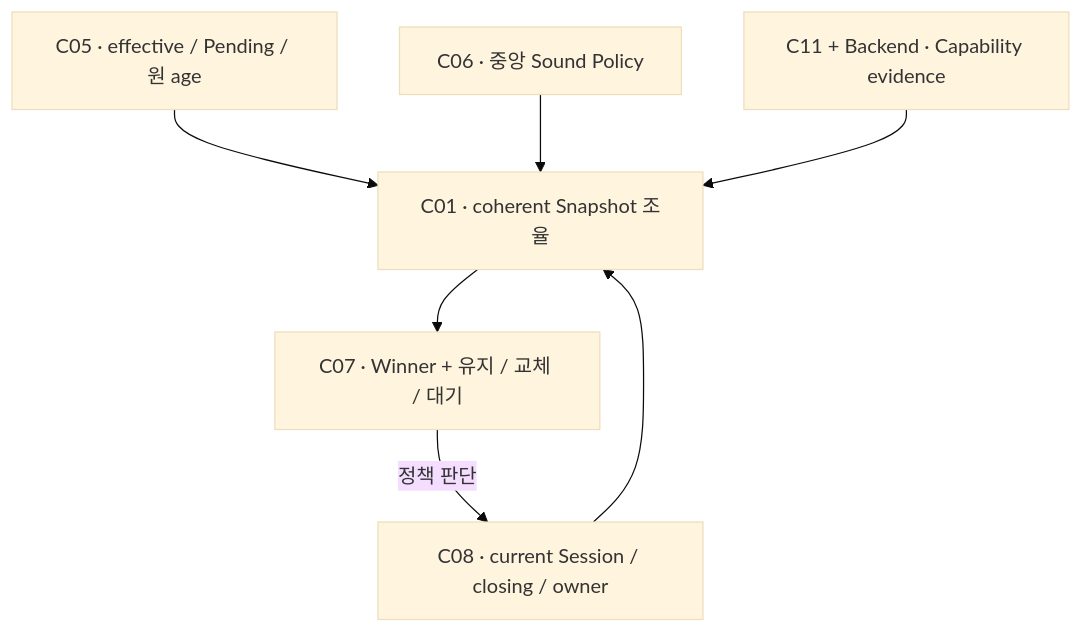
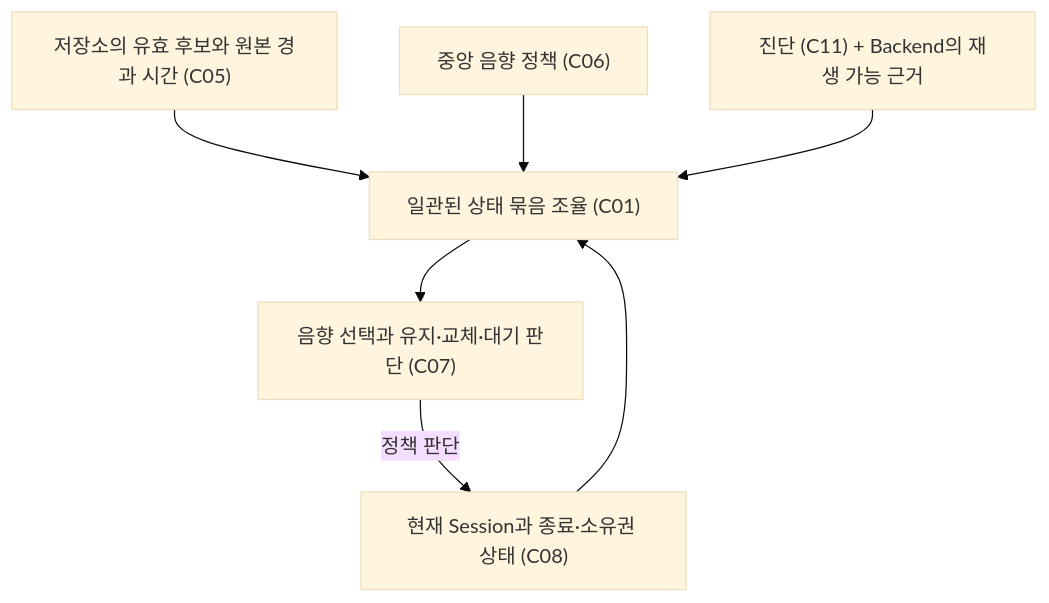
Before and after one commit to vehicle-domain-control-system/integrated-vehicle-control: the third of 7 diagrams in docs/architecture/VSS_sw_architecture.md, drawn with Mermaid (base theme). The commit also changed other lines of this file and 1 other file, not shown here.

````diff
--- a/docs/architecture/VSS_sw_architecture.md
+++ b/docs/architecture/VSS_sw_architecture.md
@@ -172,9 +144,9 @@
 ```mermaid
 flowchart TD
-    Store["C05 · effective / Pending / 원 age"] --> Snapshot["C01 · coherent Snapshot 조율"]
-    Catalog["C06 · 중앙 Sound Policy"] --> Snapshot
-    Capability["C11 + Backend · Capability evidence"] --> Snapshot
-    Current["C08 · current Session / closing / owner"] --> Snapshot
-    Snapshot --> Arb["C07 · Winner + 유지 / 교체 / 대기"]
+    Store["저장소의 유효 후보와 원본 경과 시간 (C05)"] --> Snapshot["일관된 상태 묶음 조율 (C01)"]
+    Catalog["중앙 음향 정책 (C06)"] --> Snapshot
+    Capability["진단 (C11) + Backend의 재생 가능 근거"] --> Snapshot
+    Current["현재 Session과 종료·소유권 상태 (C08)"] --> Snapshot
+    Snapshot --> Arb["음향 선택과 유지·교체·대기 판단 (C07)"]
     Arb -->|"정책 판단"| Current
 ```
````
